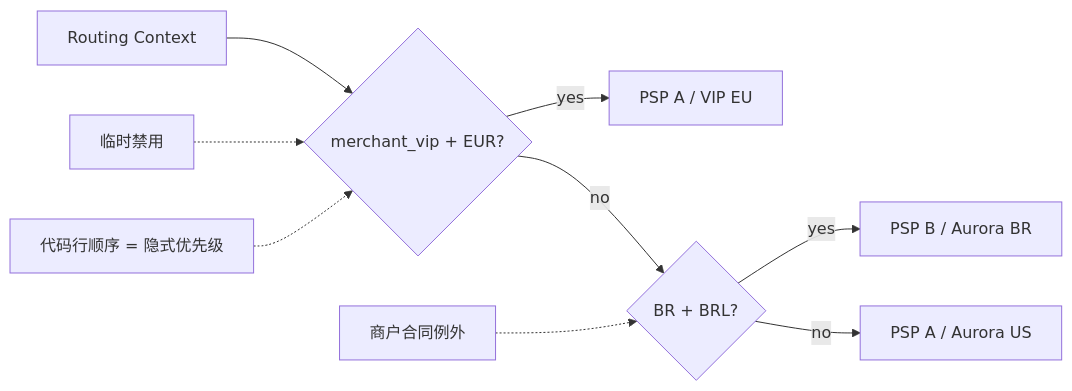
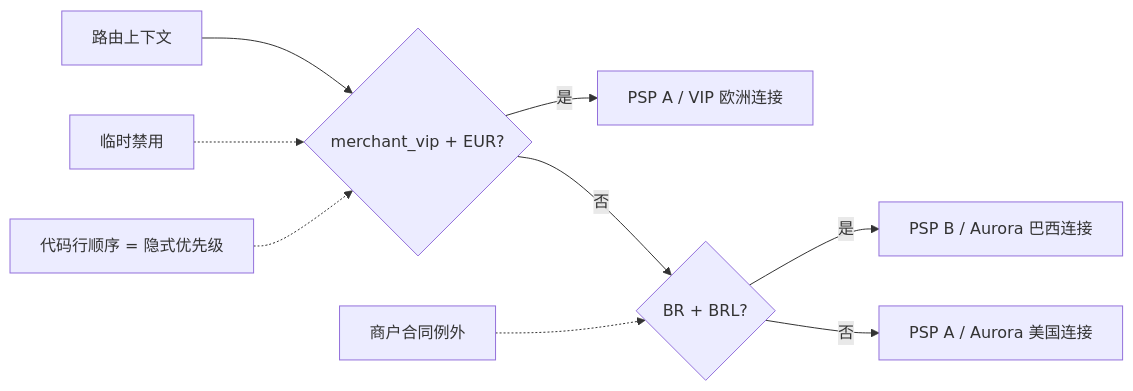
Before and after one commit to YouEclipse/Designing-Modern-Payment-Systems: the first of 4 diagrams in part-2-routing-engine/rule-based-routing.md, drawn with Mermaid. The commit also changed other lines of this file and 59 other files, not shown here.

````diff
--- a/part-2-routing-engine/rule-based-routing.md
+++ b/part-2-routing-engine/rule-based-routing.md
@@ -33,11 +33,11 @@
 ```mermaid
 flowchart LR
-    Context["Routing Context"] --> A{"merchant_vip + EUR?"}
-    A -->|"yes"| VIP["PSP A / VIP EU"]
-    A -->|"no"| B{"BR + BRL?"}
-    B -->|"yes"| BR["PSP B / Aurora BR"]
-    B -->|"no"| Default["PSP A / Aurora US"]
+    Context["路由上下文"] --> A{"merchant_vip + EUR?"}
+    A -->|"是"| VIP["PSP A / VIP 欧洲连接"]
+    A -->|"否"| B{"BR + BRL?"}
+    B -->|"是"| BR["PSP B / Aurora 巴西连接"]
+    B -->|"否"| Default["PSP A / Aurora 美国连接"]
     Emergency["临时禁用"] -.-> A
     Contract["商户合同例外"] -.-> B
     Note["代码行顺序 = 隐式优先级"] -.-> A
 ```
````
